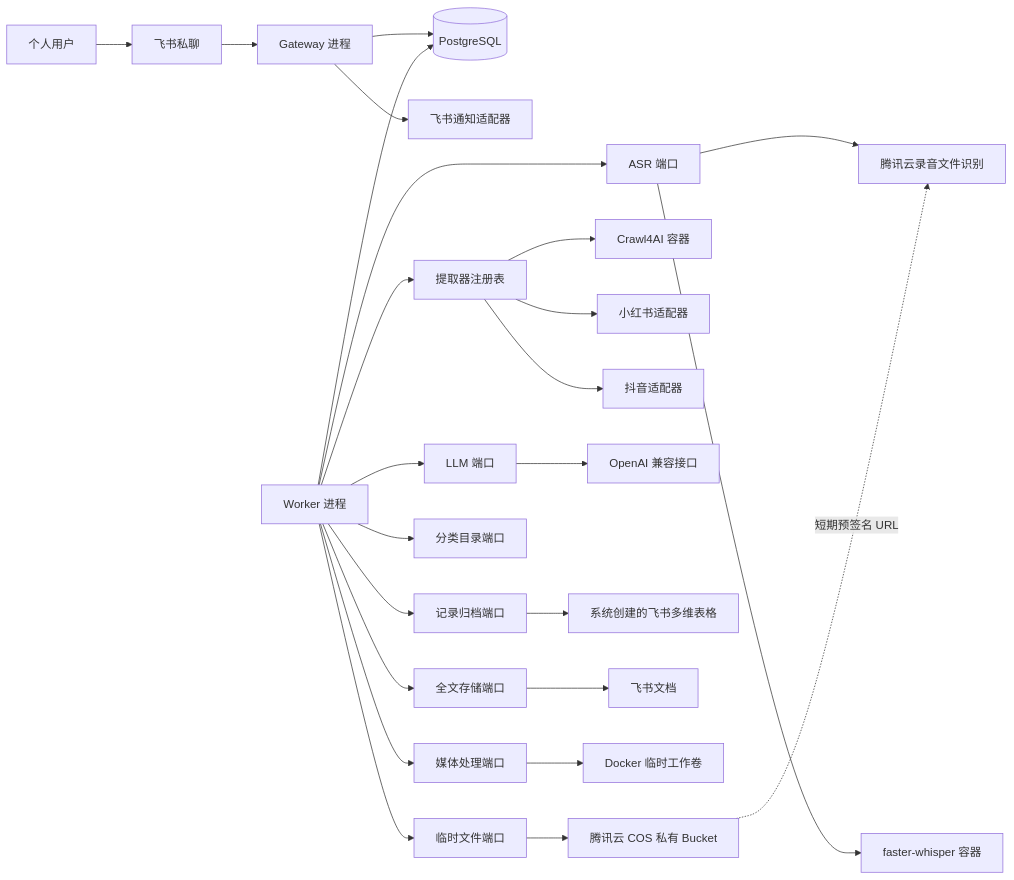
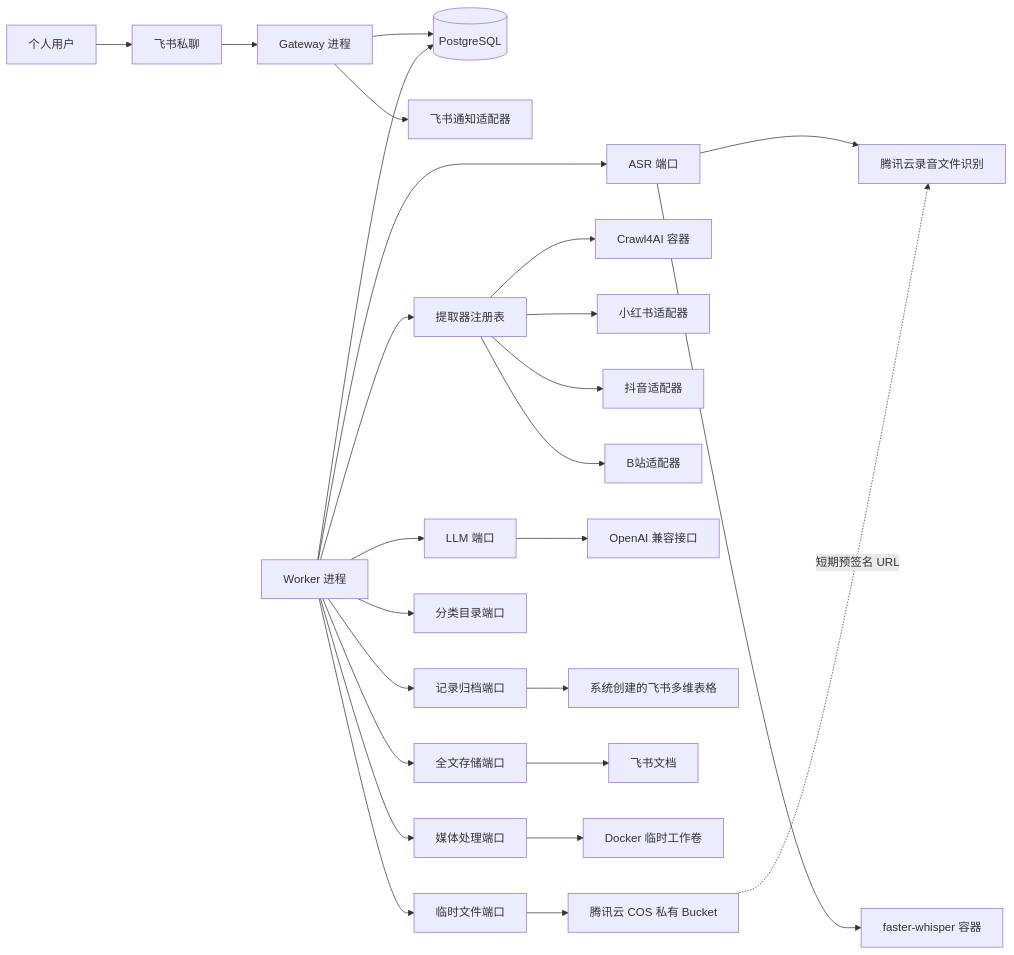
The first of 2 diagrams in docs/TECHNICAL_ARCHITECTURE.md (ybh-ybh/know-where), drawn with Mermaid before and after one commit. The commit also changed other lines of this file and 13 other files, not shown here.

````diff
--- a/docs/TECHNICAL_ARCHITECTURE.md
+++ b/docs/TECHNICAL_ARCHITECTURE.md
@@ -130,29 +130,30 @@
 ```mermaid
 flowchart LR
     U[个人用户] --> F[飞书私聊]
     F --> G[Gateway 进程]
     G --> PG[(PostgreSQL)]
     G --> N[飞书通知适配器]
 
     W[Worker 进程] --> PG
     W --> ER[提取器注册表]
     W --> MP[媒体处理端口]
     W --> ASR[ASR 端口]
     W --> LLM[LLM 端口]
     W --> CAT[分类目录端口]
     W --> REC[记录归档端口]
     W --> DOC[全文存储端口]
     W --> BLOB[临时文件端口]
 
     ER --> CRAWL[Crawl4AI 容器]
     ER --> XHS[小红书适配器]
     ER --> DY[抖音适配器]
+    ER --> BL[B站适配器]
     ASR --> TASR[腾讯云录音文件识别]
     ASR --> FW[faster-whisper 容器]
     LLM --> OAI[OpenAI 兼容接口]
     REC --> BT[系统创建的飞书多维表格]
     DOC --> FD[飞书文档]
     MP --> VOL[Docker 临时工作卷]
     BLOB --> COS[腾讯云 COS 私有 Bucket]
     COS -. 短期预签名 URL .-> TASR
 ```
````
